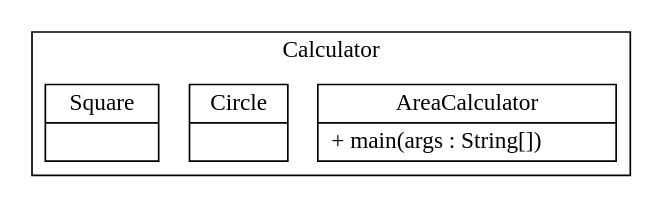
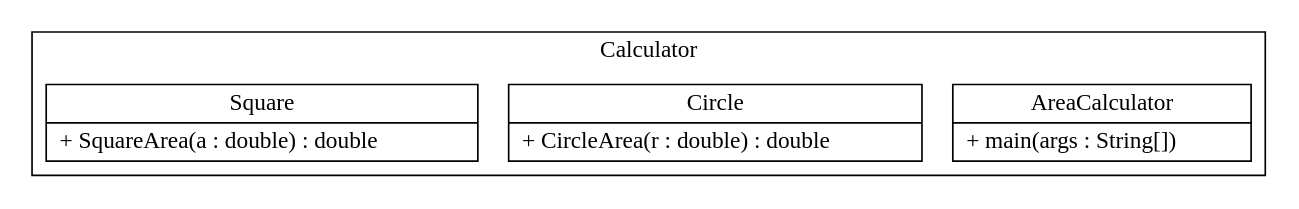
One commit to RychuKropkaExe/LaboratoriaTechnologie changed the diagram in target/LaboratoriaTechnologie.urm.dot. Above: the diagram before and after it, drawn with Graphviz. The commit also changed 3 other files, not shown here.

Commit message:
Napisanie struktury programu i stworzenie diagramu

```diff
--- a/target/LaboratoriaTechnologie.urm.dot
+++ b/target/LaboratoriaTechnologie.urm.dot
@@ -1,10 +1,10 @@
 digraph domain {
   edge [ fontsize = 11 ];
   node [ shape=record ];
   subgraph cluster_0 {
     label = "Calculator";
     AreaCalculator [ label = "{AreaCalculator | + main(args : String[])\l}" ] 
-    Circle [ label = "{Circle | }" ] 
-    Square [ label = "{Square | }" ] 
+    Circle [ label = "{Circle | + CircleArea(r : double) : double\l}" ] 
+    Square [ label = "{Square | + SquareArea(a : double) : double\l}" ] 
   }
 }
```
